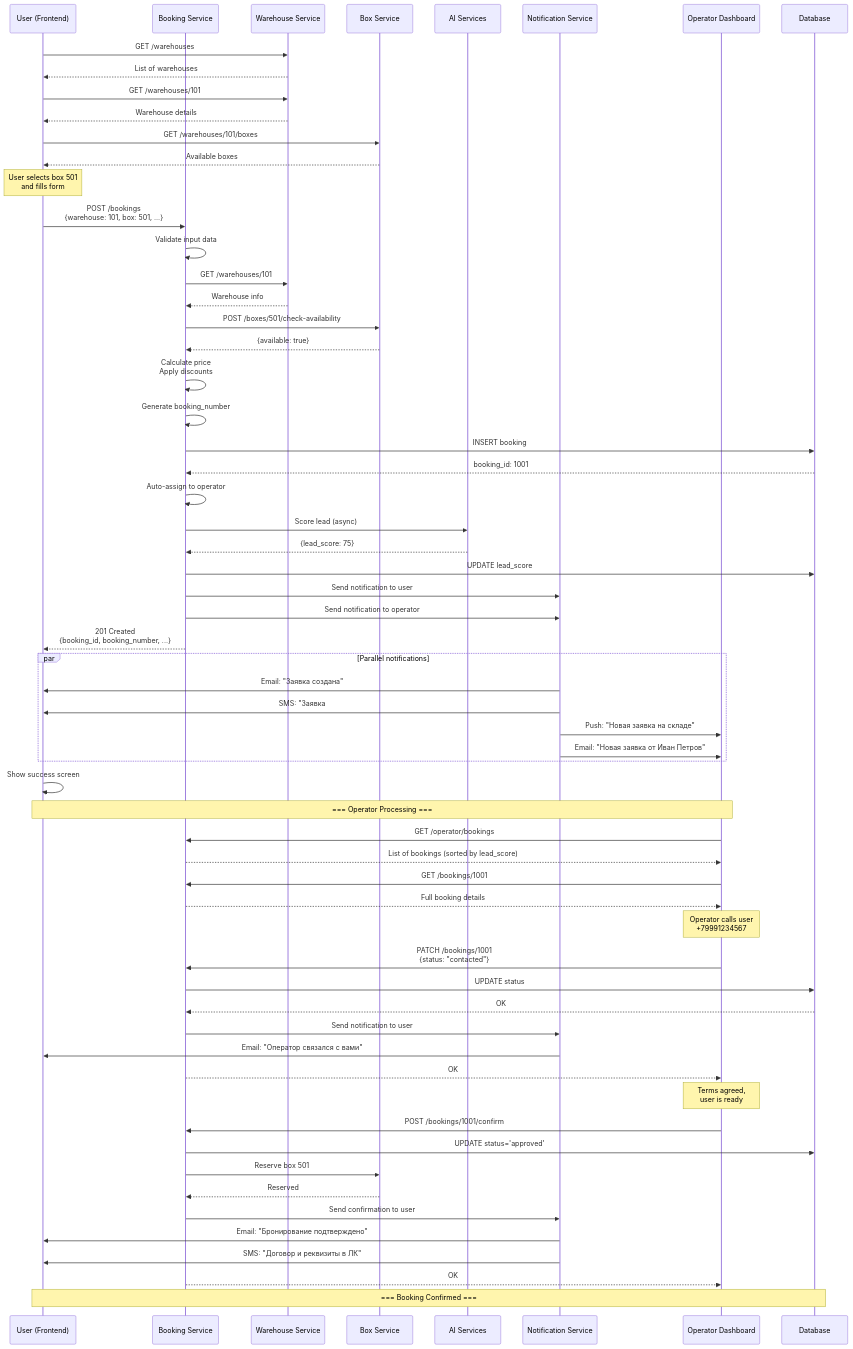
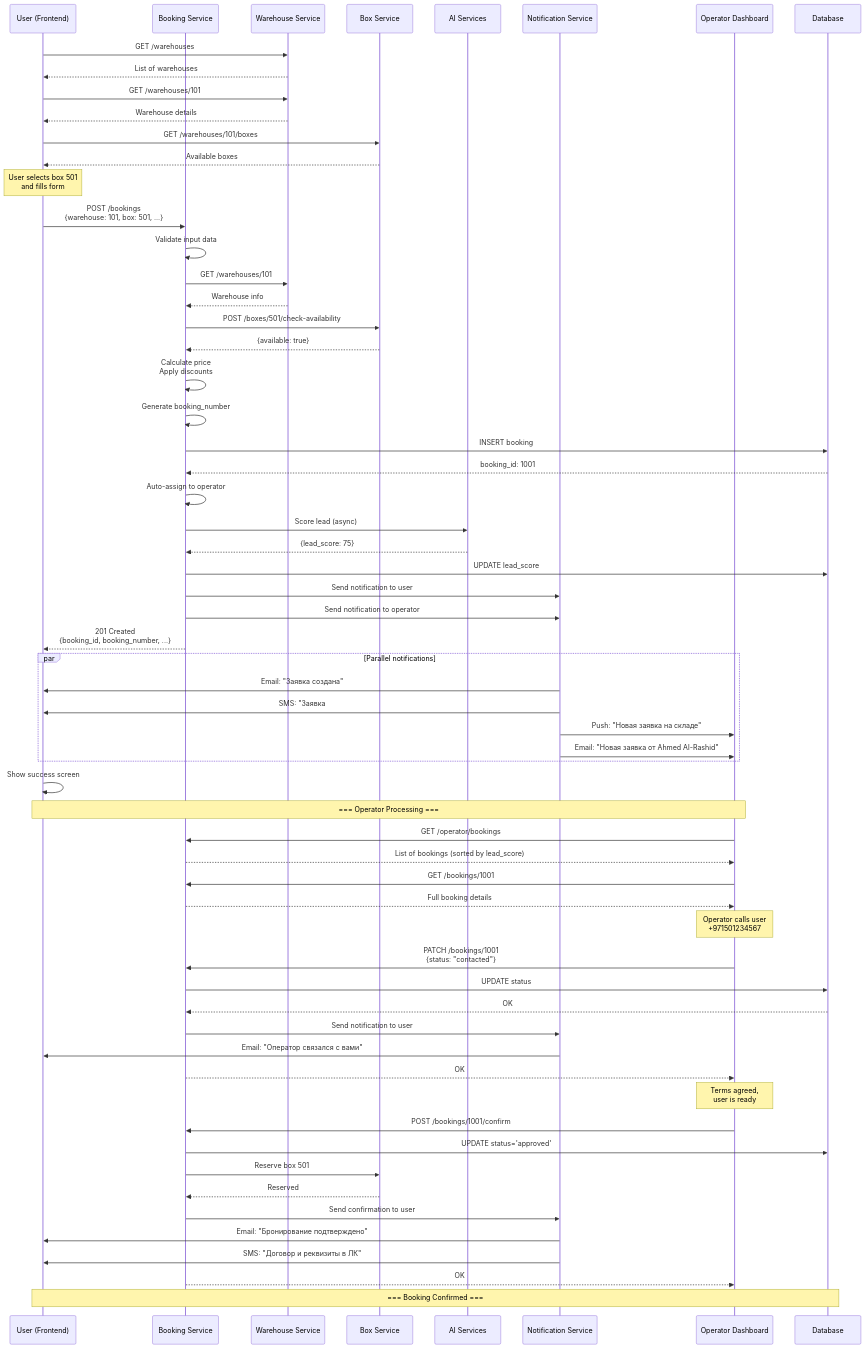
Before and after one commit to Pha6ha007/Salf--Storage-Aggregator: the first of 2 diagrams in docs/features/DOC-023 Booking_Flow_Technical_Specification.md, drawn with Mermaid. The commit also changed other lines of this file and 7 other files, not shown here.

```diff
--- a/docs/features/DOC-023 Booking_Flow_Technical_Specification.md
+++ b/docs/features/DOC-023 Booking_Flow_Technical_Specification.md
@@ -1096,7 +1096,7 @@
         N->>U: Email: "Заявка создана"
         N->>U: SMS: "Заявка #BK-20251211-1001"
         N->>OP: Push: "Новая заявка на складе"
-        N->>OP: Email: "Новая заявка от Иван Петров"
+        N->>OP: Email: "Новая заявка от Ahmed Al-Rashid"
     end
     
     %% User sees success
@@ -1112,7 +1112,7 @@
     B-->>OP: Full booking details
     
     %% Operator contacts user
-    Note over OP: Operator calls user<br/>+79991234567
+    Note over OP: Operator calls user<br/>+971501234567
     
     OP->>B: PATCH /bookings/1001<br/>{status: "contacted"}
     B->>DB: UPDATE status
```
